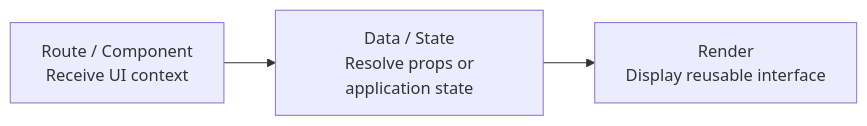
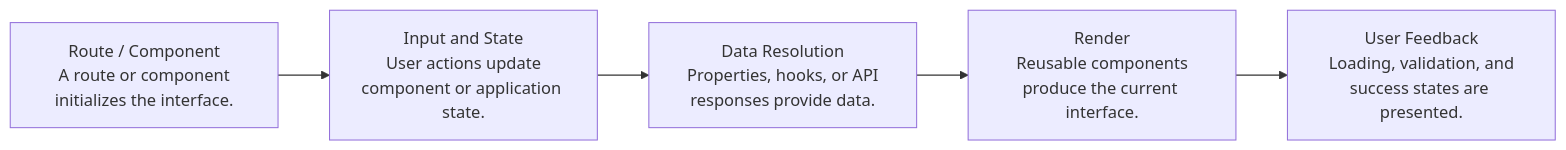
One commit to Kanishq10/MetaTransfer-Frontend changed the diagram in README.md. Above: the diagram before and after it, drawn with Mermaid. The commit also changed other lines of this file, not shown here.

````diff
--- a/README.md
+++ b/README.md
@@ -19,8 +29,12 @@
 ```mermaid
 flowchart LR
-    N0["Route / Component<br/> Receive UI context"]
-    N1["Data / State<br/> Resolve props or application state"]
+    N0["Route / Component<br/> A route or component initializes the interface."]
+    N1["Input and State<br/> User actions update component or application state."]
+    N2["Data Resolution<br/> Properties, hooks, or API responses provide data."]
+    N3["Render<br/> Reusable components produce the current interface."]
+    N4["User Feedback<br/> Loading, validation, and success states are presented."]
     N0 --> N1
-    N2["Render<br/> Display reusable interface"]
     N1 --> N2
+    N2 --> N3
+    N3 --> N4
 ```
````
